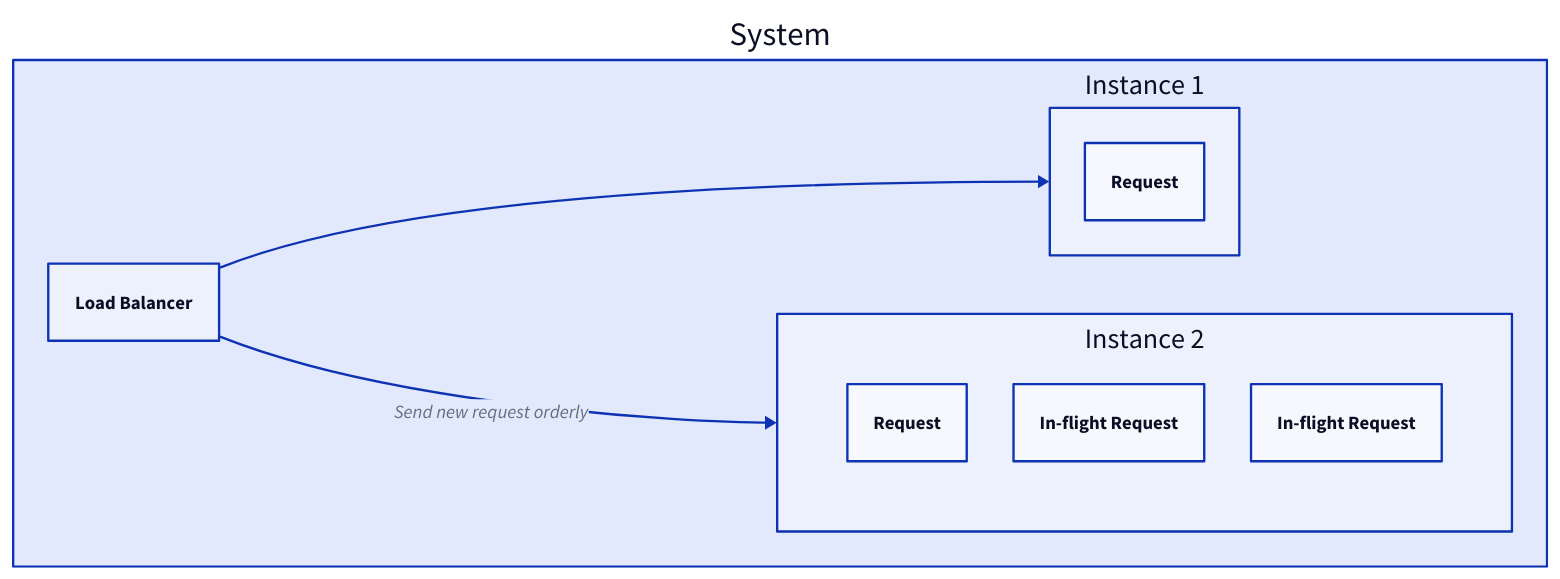
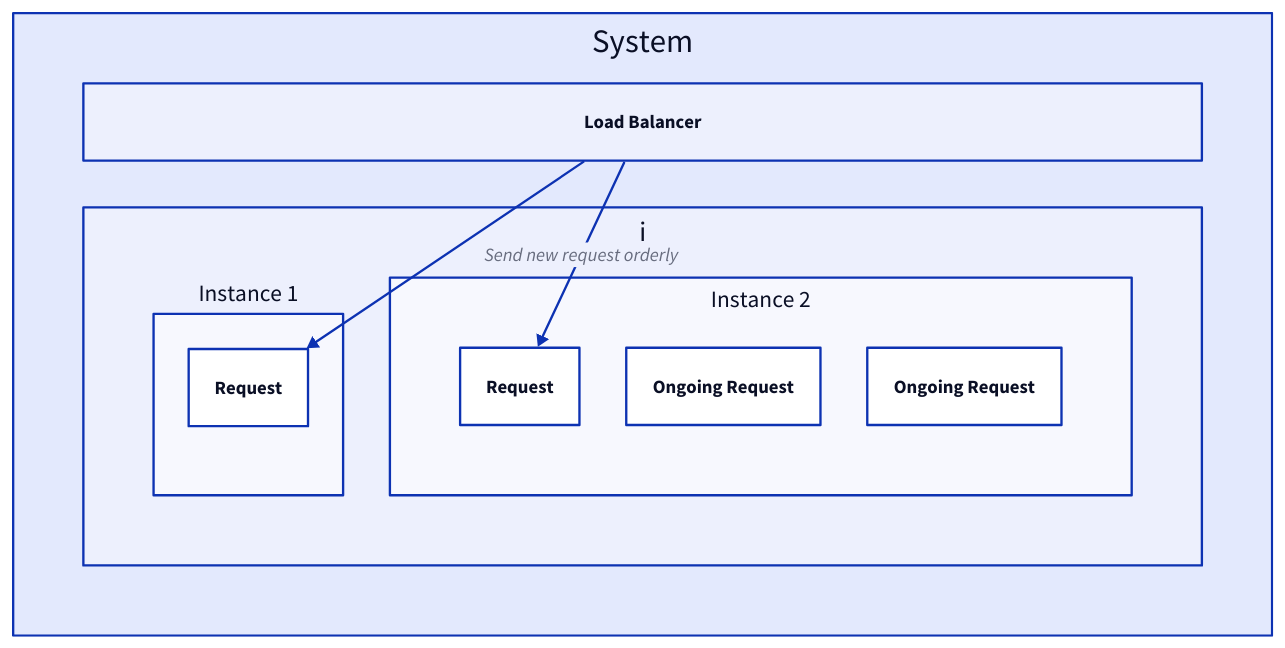
One commit to link1905/system-design-101 changed the seventh of 18 diagrams in content/web-service/load-balancer.md. Above: the diagram before and after it, drawn with D2. The commit also changed other lines of this file and 13 other files, not shown here.

````diff
--- a/content/web-service/load-balancer.md
+++ b/content/web-service/load-balancer.md
@@ -220,29 +228,34 @@
 ```d2
-direction: right
+
 s1: System {
+  grid-rows: 2
   lb: Load Balancer {
     class: lb
   }
-  s1: Instance 1 {
-    r: "Request" {
-      class: request
+  i: {
+    class: none
+    grid-rows: 1
+    s1: Instance 1 {
+      r: "Request" {
+        class: request
+      }
+    }
+    s2: Instance 2 {
+      grid-columns: 3
+      r3: "Request" {
+        class: request
+      }
+      r1: "Ongoing Request" {
+        class: request
+      }
+      r2: "Ongoing Request" {
+        class: request
+      }
     }
   }
-  s2: Instance 2 {
-    grid-columns: 3
-    r3: "Request" {
-      class: request
-    }
-    r1: "In-flight Request" {
-      class: request
-    }
-    r2: "In-flight Request" {
-      class: request
-    }
-  }
-  lb -> s1
-  lb -> s2: Send new request orderly {
+  lb -> i.s1.r
+  lb -> i.s2.r3: Send new request orderly {
     class: bold-text
   }
 }
 ```
````
